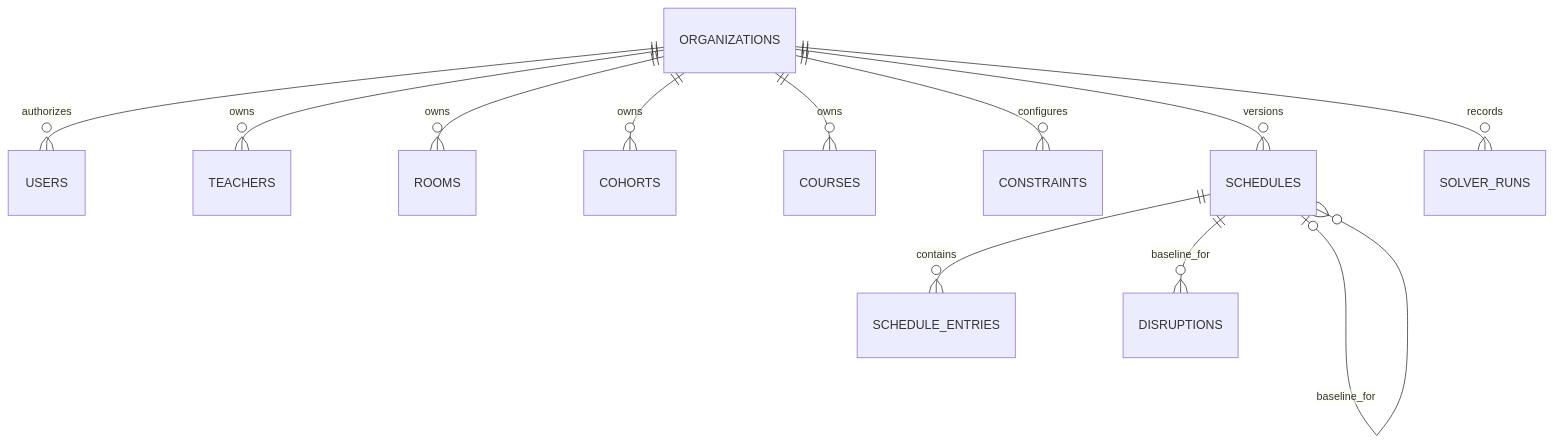
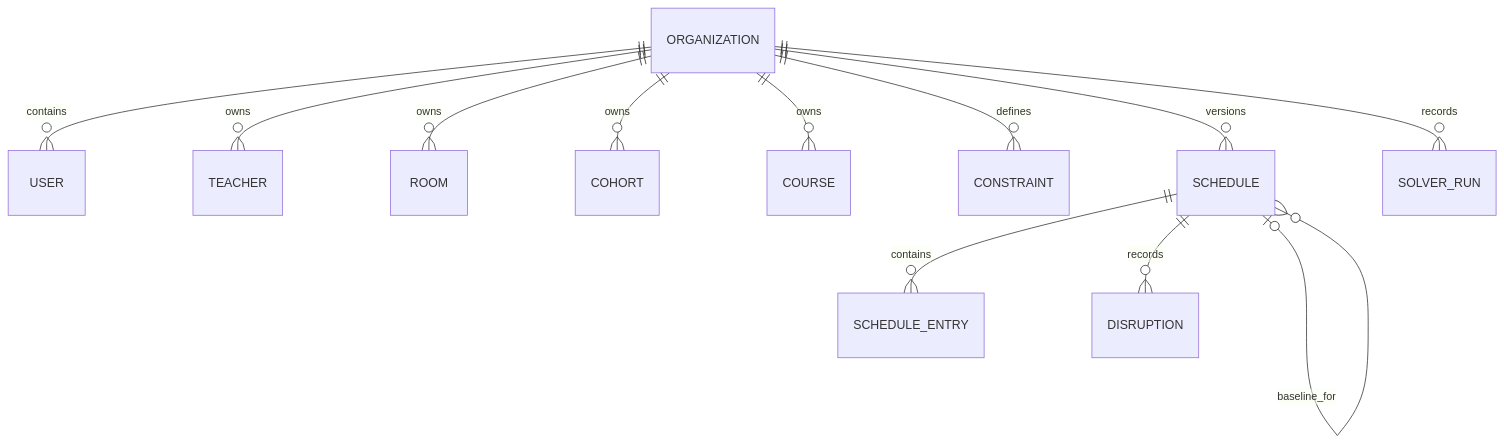
The second of 2 diagrams in docs/ROUND1_SUBMISSION.md (kauntiaakash2/ReSlot), drawn with Mermaid before and after one commit. The commit also changed other lines of this file, not shown here.

````diff
--- a/docs/ROUND1_SUBMISSION.md
+++ b/docs/ROUND1_SUBMISSION.md
@@ -117,14 +107,14 @@
 ```mermaid
 erDiagram
-    ORGANIZATIONS ||--o{ USERS : authorizes
-    ORGANIZATIONS ||--o{ TEACHERS : owns
-    ORGANIZATIONS ||--o{ ROOMS : owns
-    ORGANIZATIONS ||--o{ COHORTS : owns
-    ORGANIZATIONS ||--o{ COURSES : owns
-    ORGANIZATIONS ||--o{ CONSTRAINTS : configures
-    ORGANIZATIONS ||--o{ SCHEDULES : versions
-    SCHEDULES o|--o{ SCHEDULES : baseline_for
-    SCHEDULES ||--o{ SCHEDULE_ENTRIES : contains
-    SCHEDULES ||--o{ DISRUPTIONS : baseline_for
-    ORGANIZATIONS ||--o{ SOLVER_RUNS : records
+    ORGANIZATION ||--o{ USER : contains
+    ORGANIZATION ||--o{ TEACHER : owns
+    ORGANIZATION ||--o{ ROOM : owns
+    ORGANIZATION ||--o{ COHORT : owns
+    ORGANIZATION ||--o{ COURSE : owns
+    ORGANIZATION ||--o{ CONSTRAINT : defines
+    ORGANIZATION ||--o{ SCHEDULE : versions
+    SCHEDULE o|--o{ SCHEDULE : baseline_for
+    SCHEDULE ||--o{ SCHEDULE_ENTRY : contains
+    SCHEDULE ||--o{ DISRUPTION : records
+    ORGANIZATION ||--o{ SOLVER_RUN : records
 ```
````
